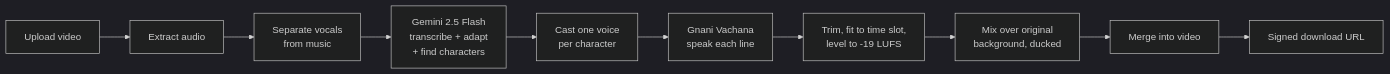
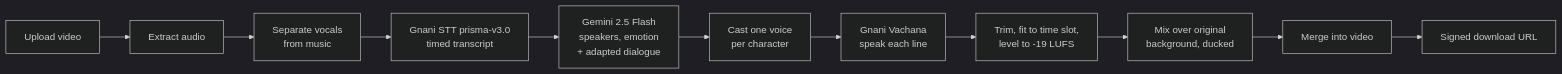
One commit to Surya-git-enf/echofy changed the diagram in README.md. Above: the diagram before and after it, drawn with Mermaid (dark theme). The commit also changed other lines of this file and 4 other files, not shown here.

First line of the commit message:
Use Gnani speech-to-text for transcription; Gemini writes the dialogue

````diff
--- a/README.md
+++ b/README.md
@@ -136,12 +142,13 @@
 ```mermaid
 flowchart LR
     A[Upload video] --> B[Extract audio]
     B --> C[Separate vocals<br/>from music]
-    C --> D[Gemini 2.5 Flash<br/>transcribe + adapt<br/>+ find characters]
+    C --> S[Gnani STT prisma-v3.0<br/>timed transcript]
+    S --> D[Gemini 2.5 Flash<br/>speakers, emotion<br/>+ adapted dialogue]
     D --> E[Cast one voice<br/>per character]
     E --> F[Gnani Vachana<br/>speak each line]
     F --> G[Trim, fit to time slot,<br/>level to -19 LUFS]
     G --> H[Mix over original<br/>background, ducked]
     H --> I[Merge into video]
     I --> J[Signed download URL]
 ```
````
